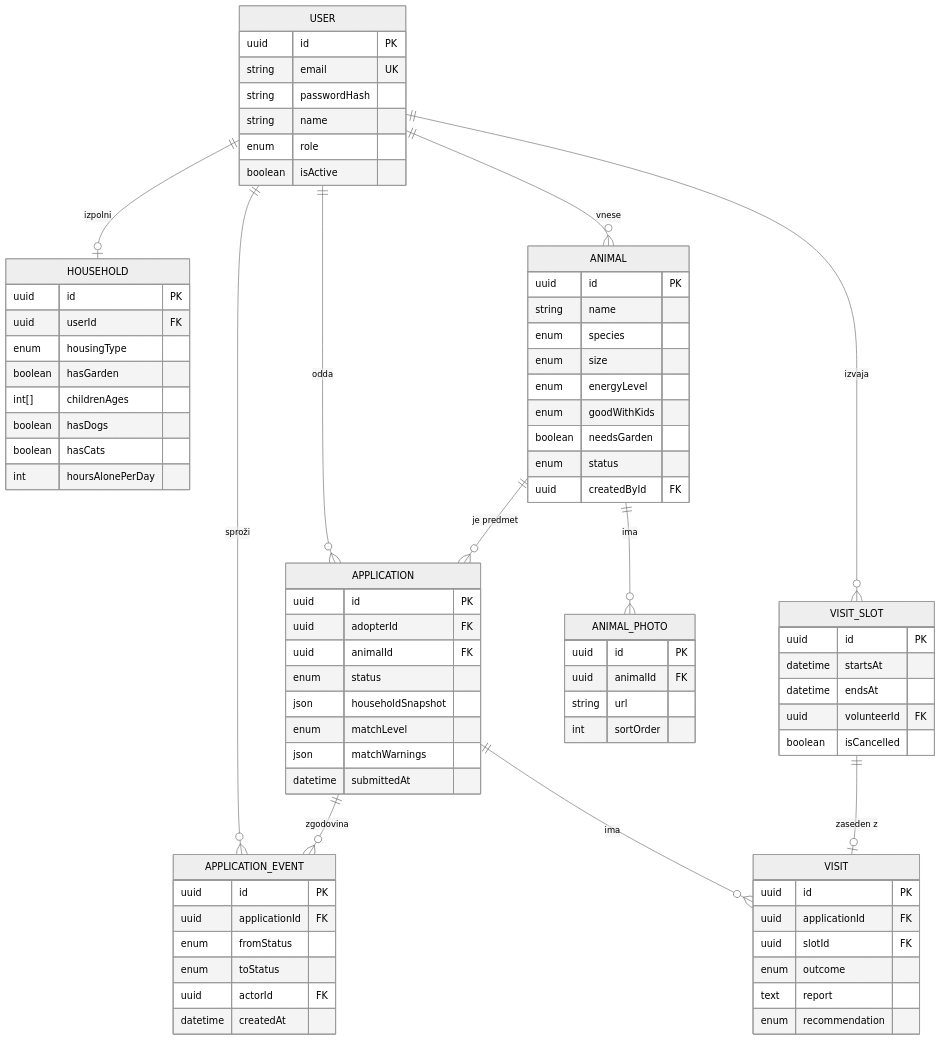
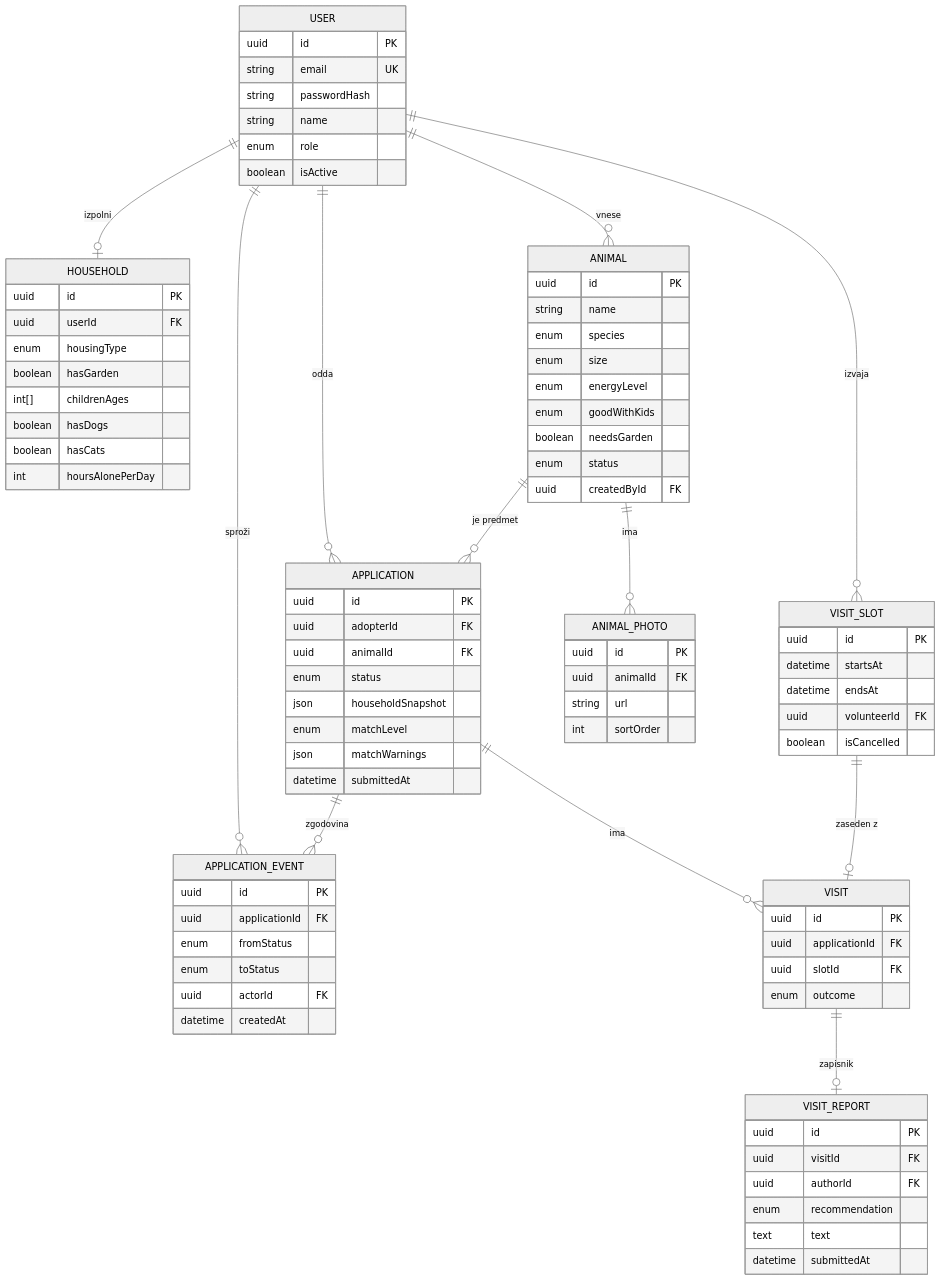
Before and after one commit to MaticTheCoder/NoviDom: the diagram in docs/03-podatkovni-model.md, drawn with Mermaid (neutral theme). The commit also changed other lines of this file and 3 other files, not shown here.

First line of the commit message:
Prisma model zapisnika ogleda (VisitReport)

```diff
--- a/docs/03-podatkovni-model.md
+++ b/docs/03-podatkovni-model.md
@@ -145,6 +157,7 @@
     ANIMAL ||--o{ ANIMAL_PHOTO : "ima"
     APPLICATION ||--o{ VISIT : "ima"
     VISIT_SLOT ||--o| VISIT : "zaseden z"
+    VISIT ||--o| VISIT_REPORT : "zapisnik"
     APPLICATION ||--o{ APPLICATION_EVENT : "zgodovina"
 
     USER {
@@ -204,8 +217,14 @@
         uuid applicationId FK
         uuid slotId FK
         enum outcome
-        text report
+    }
+    VISIT_REPORT {
+        uuid id PK
+        uuid visitId FK
+        uuid authorId FK
         enum recommendation
+        text text
+        datetime submittedAt
     }
     APPLICATION_EVENT {
         uuid id PK
```
